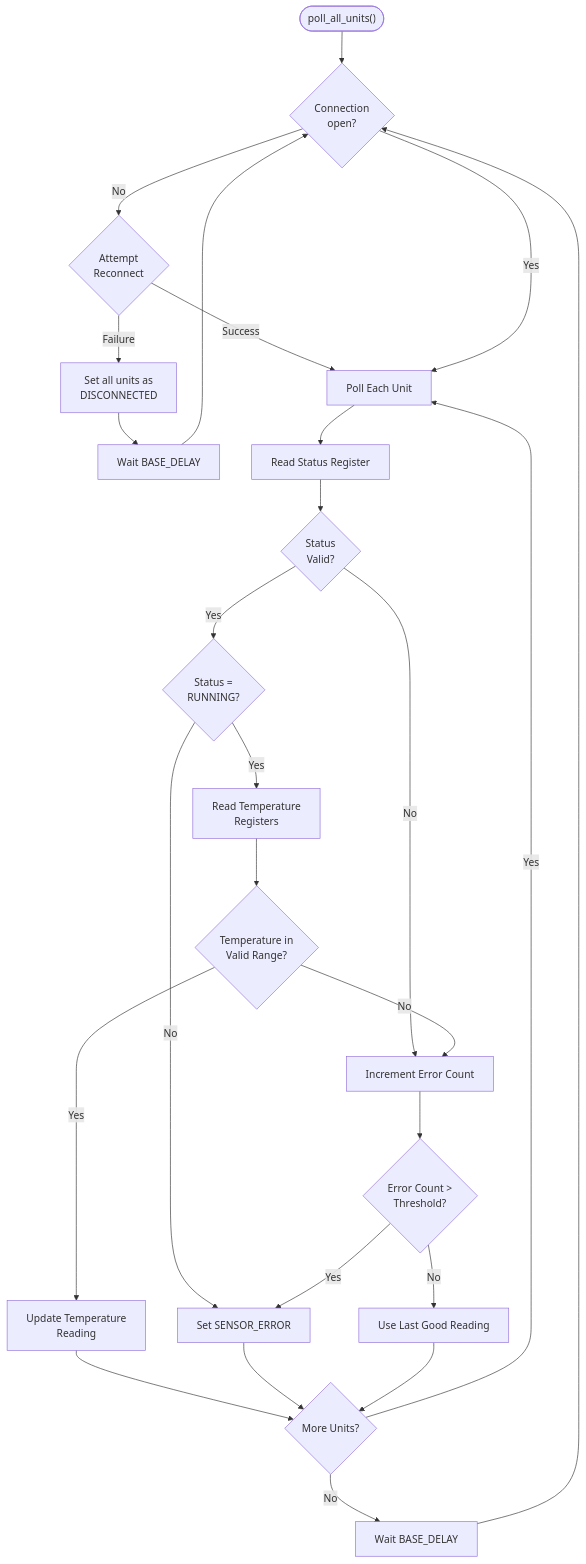
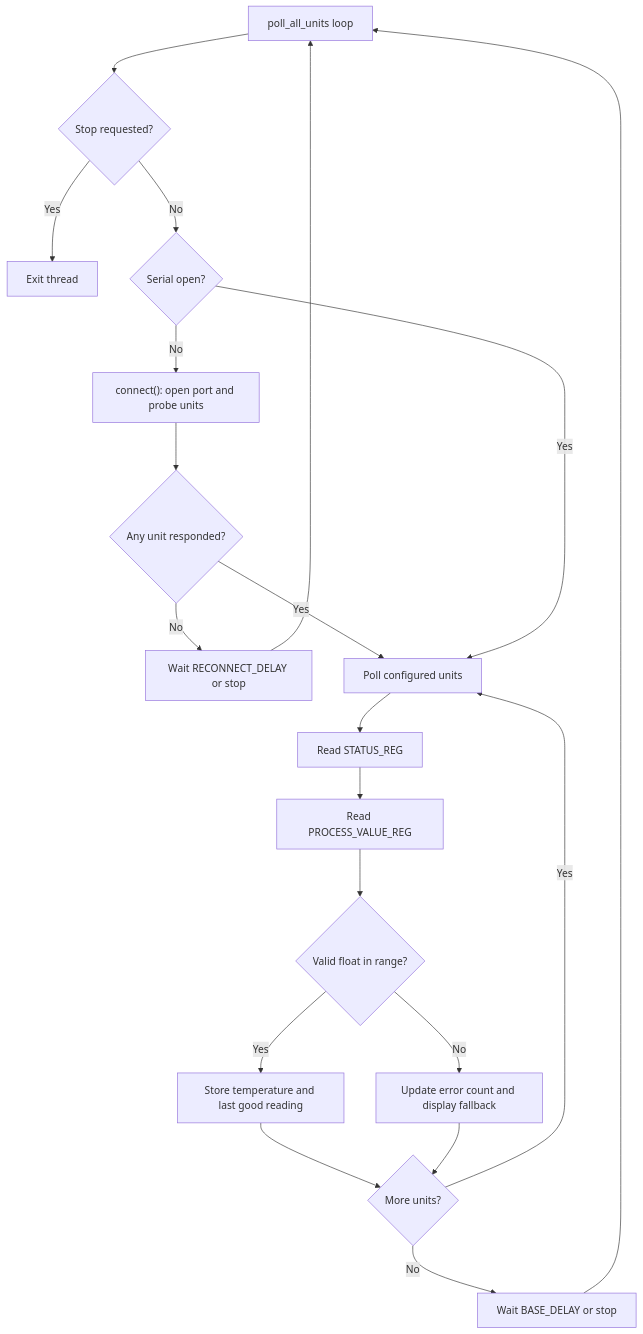
One commit to uw-loci/EBEAM_dashboard changed the second of 2 diagrams in instrumentctl/DP16_process_monitor/README.md. Above: the diagram before and after it, drawn with Mermaid. The commit also changed other lines of this file, not shown here.

````diff
--- a/instrumentctl/DP16_process_monitor/README.md
+++ b/instrumentctl/DP16_process_monitor/README.md
@@ -186,35 +179,22 @@
 ```mermaid
 flowchart TB
-    Start(["poll_all_units()"]) --> CheckConn{"Connection<br>open?"}
-    CheckConn -->|No| Reconnect{"Attempt<br>Reconnect"}
-    Reconnect -->|Success| PollUnits
-    Reconnect -->|Failure| SetDisconnected["Set all units as<br>DISCONNECTED"]
-    SetDisconnected --> Wait["Wait BASE_DELAY"]
-    Wait --> CheckConn
-    
-    CheckConn -->|Yes| PollUnits["Poll Each Unit"]
-    PollUnits --> ReadStatus["Read Status Register"]
-    
-    ReadStatus --> CheckStatus{"Status<br>Valid?"}
-    CheckStatus -->|Yes| CheckRunning{"Status =<br>RUNNING?"}
-    CheckStatus -->|No| ErrorCount["Increment Error Count"]
-    
-    CheckRunning -->|Yes| ReadTemp["Read Temperature<br>Registers"]
-    CheckRunning -->|No| SetError["Set SENSOR_ERROR"]
-    
-    ReadTemp --> ValidateTemp{"Temperature in<br>Valid Range?"}
-    ValidateTemp -->|Yes| UpdateReading["Update Temperature<br>Reading"]
-    ValidateTemp -->|No| ErrorCount
-    
-    ErrorCount --> CheckThreshold{"Error Count ><br>Threshold?"}
-    CheckThreshold -->|Yes| SetError
-    CheckThreshold -->|No| UseLast["Use Last Good Reading"]
-    
-    UpdateReading --> NextUnit{"More Units?"}
-    SetError --> NextUnit
-    UseLast --> NextUnit
-    
-    NextUnit -->|Yes| PollUnits
-    NextUnit -->|No| Wait2["Wait BASE_DELAY"]
-    Wait2 --> CheckConn
+    Loop["poll_all_units loop"] --> Stop{"Stop requested?"}
+    Stop -->|Yes| Exit["Exit thread"]
+    Stop -->|No| Open{"Serial open?"}
+    Open -->|No| Reconnect["connect(): open port and probe units"]
+    Reconnect --> Connected{"Any unit responded?"}
+    Connected -->|No| WaitReconnect["Wait RECONNECT_DELAY or stop"]
+    WaitReconnect --> Loop
+    Connected -->|Yes| PollUnits["Poll configured units"]
+    Open -->|Yes| PollUnits
+    PollUnits --> Status["Read STATUS_REG"]
+    Status --> Temp["Read PROCESS_VALUE_REG"]
+    Temp --> Validate{"Valid float in range?"}
+    Validate -->|Yes| Store["Store temperature and last good reading"]
+    Validate -->|No| Error["Update error count and display fallback"]
+    Store --> Next{"More units?"}
+    Error --> Next
+    Next -->|Yes| PollUnits
+    Next -->|No| WaitBase["Wait BASE_DELAY or stop"]
+    WaitBase --> Loop
 ```
````
